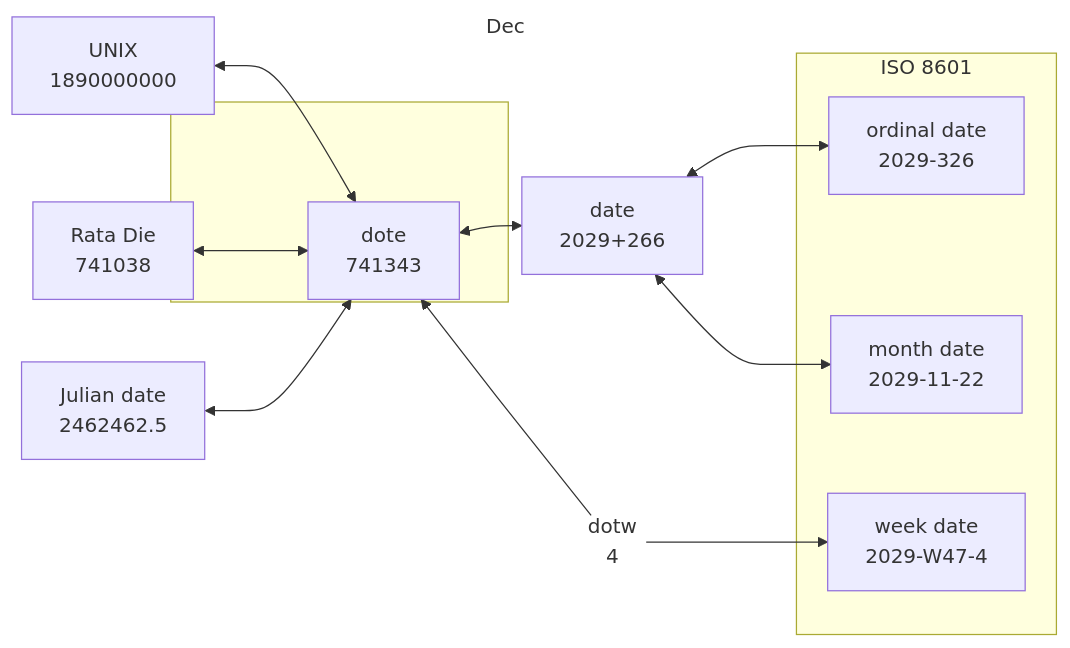
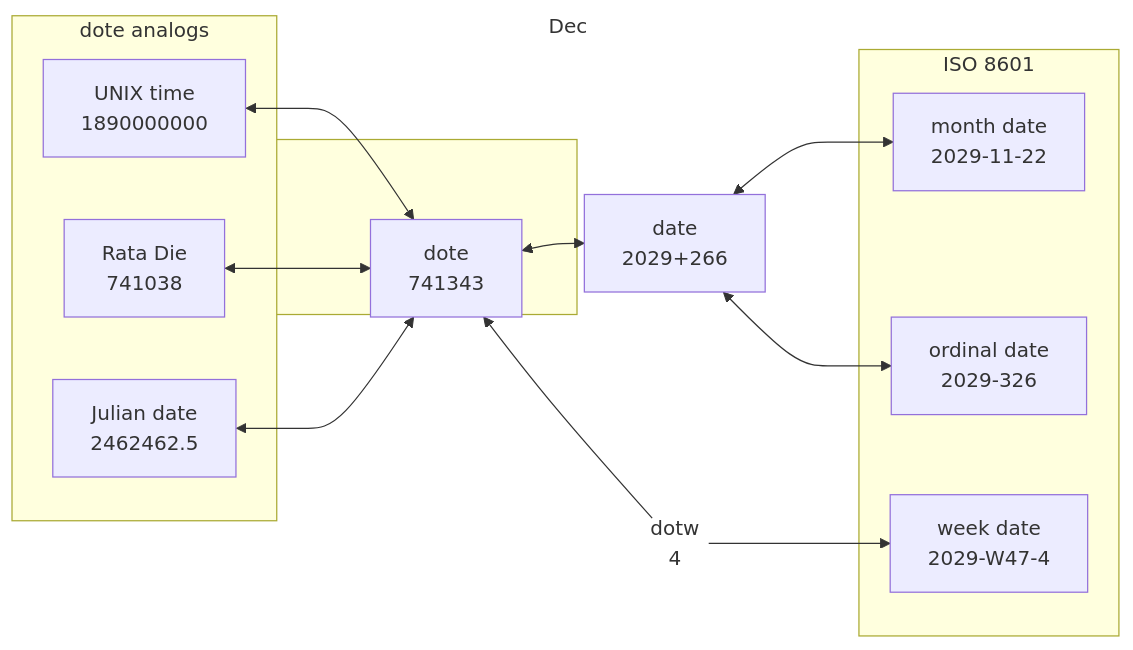
Before and after one commit to maptv/maptv.github.io: the diagram in dec/date/index.qmd, drawn with Mermaid. The commit also changed other lines of this file and 5 other files, not shown here.

Commit message:
Changed files: asset/dark.scss asset/style.css dec/date/index.html dec/date/index.md dec/date/index.qmd dec/date/py.ipynb

````diff
--- a/dec/date/index.qmd
+++ b/dec/date/index.qmd
@@ -106,33 +100,37 @@
 ```{mermaid}
 flowchart LR
-   A[UNIX\n1890000000]<-->B[dote\n741343]
+   A[UNIX time\n1890000000]<-->B[dote\n741343]
    C[Rata Die\n741038]<-->B
    D[Julian date\n2462462.5]<-->B
-   subgraph dec[Dec]
+   subgraph ana[dote analogs]
+   A
+   C
+   D
+   end
+   subgraph decalendar[Dec]
    B<-->E[date\n2029+266]
    end
-   E<-->F[ordinal date\n2029-326]
-   E<-->G[month date\n2029-11-22]
+   E<-->F[month date\n2029-11-22]
+   E<-->G[ordinal date\n2029-326]
    H((dotw\n4))-->B
    H-->I[week date\n2029-W47-4]
    subgraph iso[ISO 8601]
    F
    G
    I
    end
    B---H
    %% B-->H[HH:MM:SS\n00:00:00]
    %% C-->H
    linkStyle 8 stroke-width:0px;
-   style dec y:80px,x:135px,width:270px,height:160px;
+   style decalendar y:110px,x:190px,width:270px,height:140px;
    style H stroke:none,fill:none;
-   click A "#unix"
+   click A "#unix-time"
    click B "#dote"
-   click C "#rd"
-   click D "#jd"
+   click C "#rata-die"
+   click D "#julian-date"
    click E "#date"
    click F "#ordinal"
    click G "#month"
-   click H "#dotw"
    click I "#week"
 ```
````
